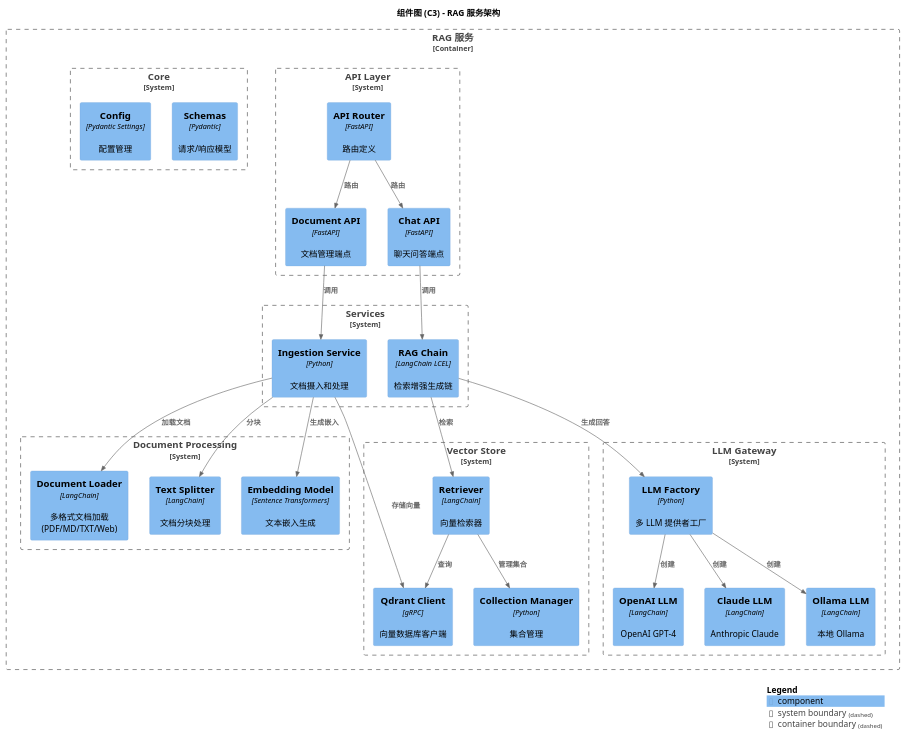
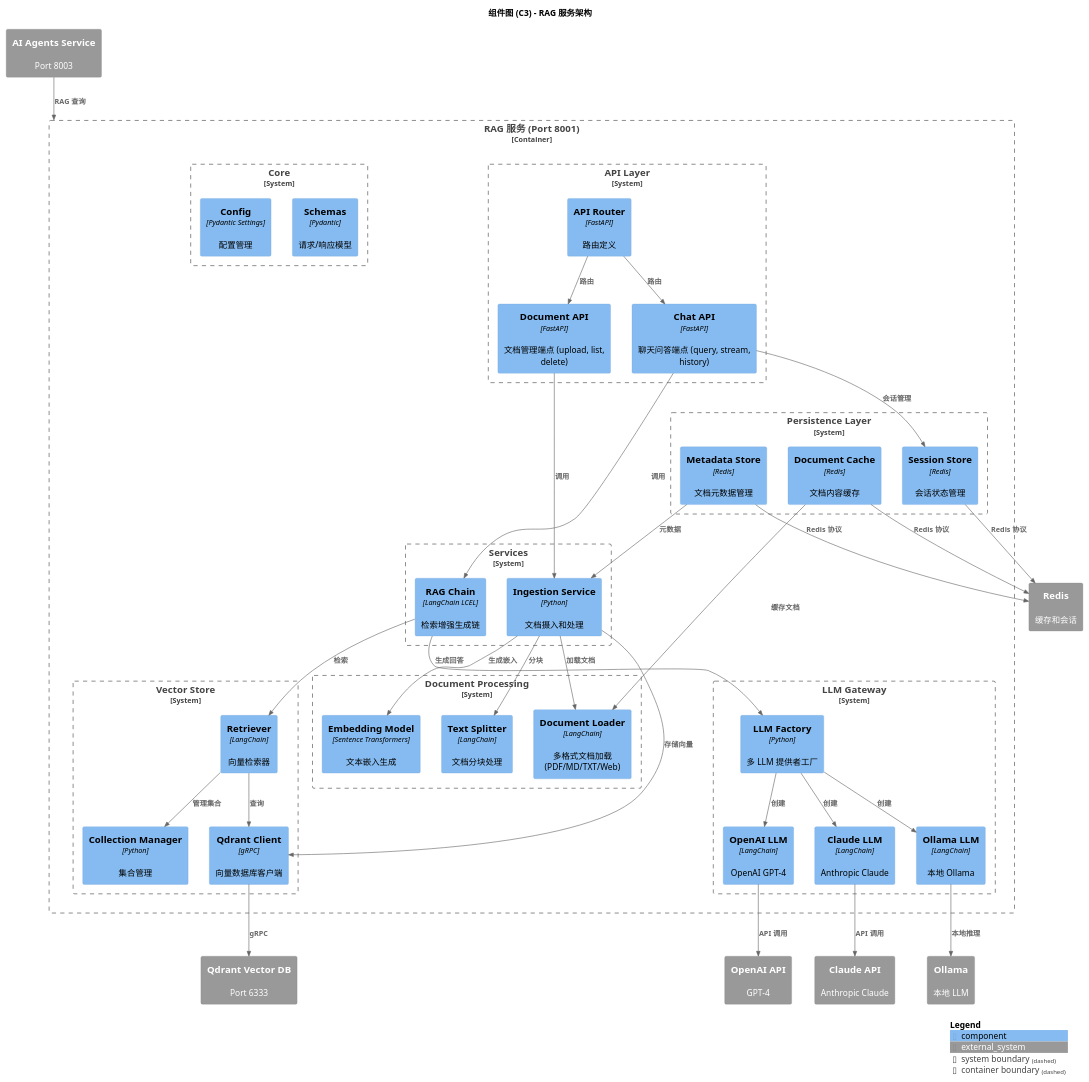
The diagram in ai/docs/c4/component-rag-service.puml (felixzhu97/explore-workspace), drawn with PlantUML before and after one commit. The commit also changed 45 other files, not shown here.

First line of the commit message:
docs: update documentation, C4 diagrams, and service configurations

```diff
--- a/ai/docs/c4/component-rag-service.puml
+++ b/ai/docs/c4/component-rag-service.puml
@@ -1,77 +1,106 @@
 @startuml C4-Component-RAG-Service
 !include https://raw.githubusercontent.com/plantuml-stdlib/C4-PlantUML/master/C4_Component.puml
 
 LAYOUT_WITH_LEGEND()
 
 title 组件图 (C3) - RAG 服务架构
 
-Container_Boundary(rag_service, "RAG 服务") {
+Container_Boundary(rag_service, "RAG 服务 (Port 8001)") {
     
     ' API 层
-System_Boundary(api, "API Layer") {
+    System_Boundary(api, "API Layer") {
         Component(api_router, "API Router", "FastAPI", "路由定义")
-        Component(document_api, "Document API", "FastAPI", "文档管理端点")
-        Component(chat_api, "Chat API", "FastAPI", "聊天问答端点")
+        Component(document_api, "Document API", "FastAPI", "文档管理端点 (upload, list, delete)")
+        Component(chat_api, "Chat API", "FastAPI", "聊天问答端点 (query, stream, history)")
     }
     
     ' 核心服务
-System_Boundary(services, "Services") {
+    System_Boundary(services, "Services") {
         Component(ingestion_service, "Ingestion Service", "Python", "文档摄入和处理")
         Component(rag_chain, "RAG Chain", "LangChain LCEL", "检索增强生成链")
     }
 
     ' 文档处理
-System_Boundary(document_processing, "Document Processing") {
+    System_Boundary(document_processing, "Document Processing") {
         Component(document_loader, "Document Loader", "LangChain", "多格式文档加载 (PDF/MD/TXT/Web)")
         Component(text_splitter, "Text Splitter", "LangChain", "文档分块处理")
         Component(embedding_model, "Embedding Model", "Sentence Transformers", "文本嵌入生成")
     }
 
     ' 向量存储
-System_Boundary(vector_store, "Vector Store") {
+    System_Boundary(vector_store, "Vector Store") {
         Component(qdrant_client, "Qdrant Client", "gRPC", "向量数据库客户端")
         Component(collection_manager, "Collection Manager", "Python", "集合管理")
         Component(retriever, "Retriever", "LangChain", "向量检索器")
     }
 
     ' LLM 网关
-System_Boundary(llm_gateway, "LLM Gateway") {
+    System_Boundary(llm_gateway, "LLM Gateway") {
         Component(llm_factory, "LLM Factory", "Python", "多 LLM 提供者工厂")
         Component(openai_llm, "OpenAI LLM", "LangChain", "OpenAI GPT-4")
         Component(claude_llm, "Claude LLM", "LangChain", "Anthropic Claude")
         Component(ollama_llm, "Ollama LLM", "LangChain", "本地 Ollama")
     }
 
+    ' 持久化层
+    System_Boundary(persistence, "Persistence Layer") {
+        Component(session_store, "Session Store", "Redis", "会话状态管理")
+        Component(document_cache, "Document Cache", "Redis", "文档内容缓存")
+        Component(metadata_store, "Metadata Store", "Redis", "文档元数据管理")
+    }
+
     ' 核心模块
-System_Boundary(core, "Core") {
+    System_Boundary(core, "Core") {
         Component(schemas, "Schemas", "Pydantic", "请求/响应模型")
         Component(config, "Config", "Pydantic Settings", "配置管理")
     }
 }
 
-' API 层关系
+' === API 层关系 ===
 Rel(api_router, document_api, "路由")
 Rel(api_router, chat_api, "路由")
 Rel(document_api, ingestion_service, "调用")
 Rel(chat_api, rag_chain, "调用")
 
-' 服务层关系
+' === 服务层关系 ===
 Rel(ingestion_service, document_loader, "加载文档")
 Rel(ingestion_service, text_splitter, "分块")
 Rel(ingestion_service, embedding_model, "生成嵌入")
 Rel(ingestion_service, qdrant_client, "存储向量")
 
 Rel(rag_chain, retriever, "检索")
 Rel(rag_chain, llm_factory, "生成回答")
 
-' 检索器关系
+' === 检索器关系 ===
 Rel(retriever, qdrant_client, "查询")
 Rel(retriever, collection_manager, "管理集合")
 
-' LLM 关系
+' === LLM 关系 ===
 Rel(llm_factory, openai_llm, "创建")
 Rel(llm_factory, claude_llm, "创建")
 Rel(llm_factory, ollama_llm, "创建")
 
+' === 持久化关系 ===
+Rel(chat_api, session_store, "会话管理")
+Rel(document_cache, document_loader, "缓存文档")
+Rel(metadata_store, ingestion_service, "元数据")
+
+' === 外部服务关系 ===
+System_Ext(ai_agents, "AI Agents Service", "Port 8003")
+System_Ext(qdrant, "Qdrant Vector DB", "Port 6333")
+System_Ext(redis, "Redis", "缓存和会话")
+System_Ext(openai, "OpenAI API", "GPT-4")
+System_Ext(claude, "Claude API", "Anthropic Claude")
+System_Ext(ollama, "Ollama", "本地 LLM")
+
+Rel(ai_agents, rag_service, "RAG 查询")
+Rel(qdrant_client, qdrant, "gRPC")
+Rel(session_store, redis, "Redis 协议")
+Rel(document_cache, redis, "Redis 协议")
+Rel(metadata_store, redis, "Redis 协议")
+Rel(openai_llm, openai, "API 调用")
+Rel(claude_llm, claude, "API 调用")
+Rel(ollama_llm, ollama, "本地推理")
+
 SHOW_LEGEND()
 @enduml
```
